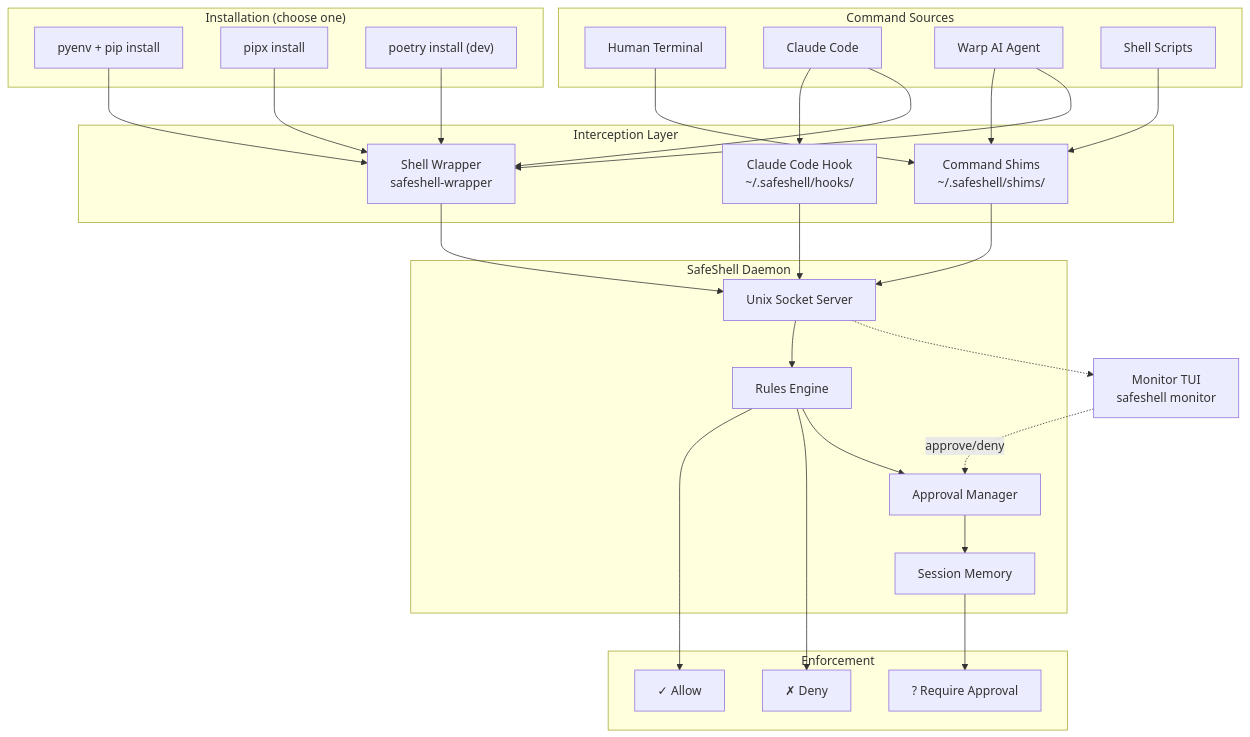
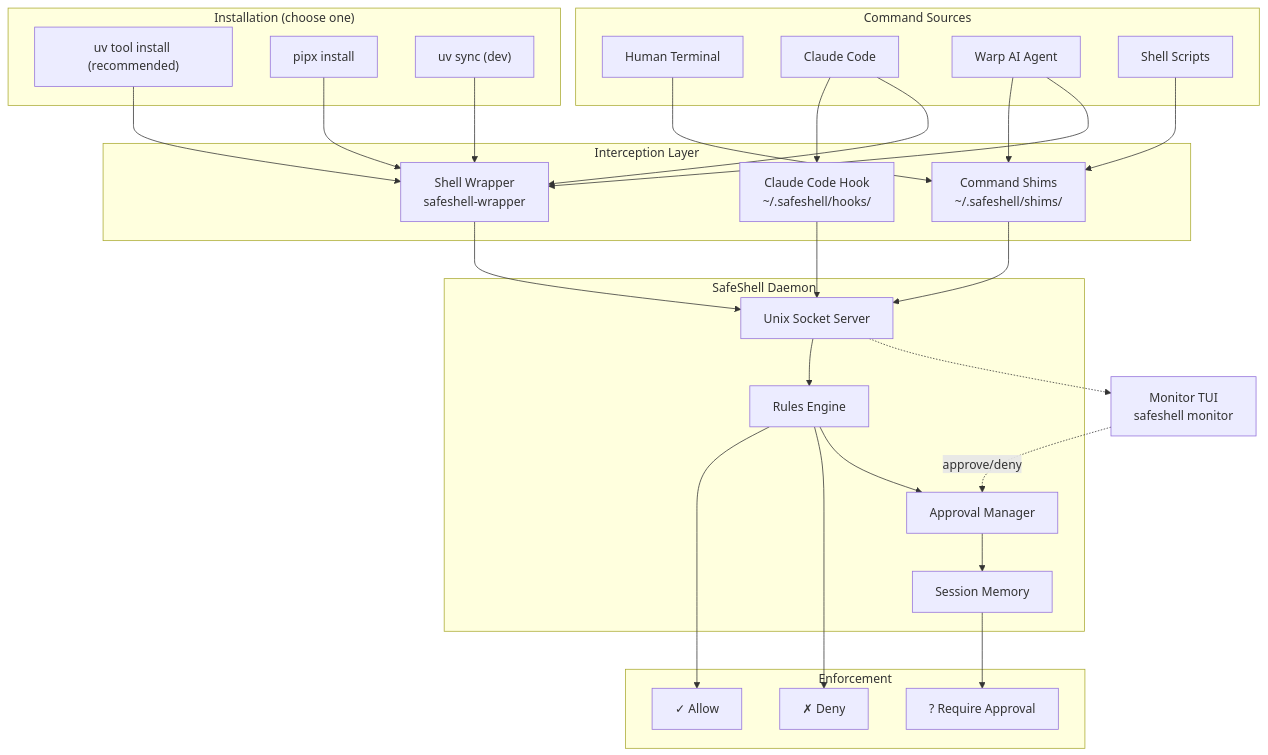
The diagram in README.md (be-wise-be-kind/safeshell), drawn with Mermaid before and after one commit. The commit also changed other lines of this file and 28 other files, not shown here.

````diff
--- a/README.md
+++ b/README.md
@@ -28,61 +28,61 @@
 ```mermaid
 flowchart TB
     subgraph Sources["Command Sources"]
         Human["Human Terminal"]
         Claude["Claude Code"]
         Warp["Warp AI Agent"]
         Scripts["Shell Scripts"]
     end
 
     subgraph Install["Installation (choose one)"]
-        Pyenv["pyenv + pip install"]
+        UV["uv tool install (recommended)"]
         Pipx["pipx install"]
-        Poetry["poetry install (dev)"]
+        UVDev["uv sync (dev)"]
     end
 
     subgraph Interception["Interception Layer"]
         Shims["Command Shims<br/>~/.safeshell/shims/"]
         Wrapper["Shell Wrapper<br/>safeshell-wrapper"]
         Hook["Claude Code Hook<br/>~/.safeshell/hooks/"]
     end
 
     subgraph Core["SafeShell Daemon"]
         Server["Unix Socket Server"]
         Rules["Rules Engine"]
         Approval["Approval Manager"]
         Memory["Session Memory"]
     end
 
     subgraph Actions["Enforcement"]
         Allow["✓ Allow"]
         Deny["✗ Deny"]
         Require["? Require Approval"]
     end
 
     Monitor["Monitor TUI<br/>safeshell monitor"]
 
-    Pyenv --> Wrapper
+    UV --> Wrapper
     Pipx --> Wrapper
-    Poetry --> Wrapper
+    UVDev --> Wrapper
 
     Human --> Shims
     Claude --> Hook
     Claude --> Wrapper
     Warp --> Shims
     Warp --> Wrapper
     Scripts --> Shims
 
     Shims --> Server
     Wrapper --> Server
     Hook --> Server
 
     Server --> Rules
     Rules --> Allow
     Rules --> Deny
     Rules --> Approval
     Approval --> Memory
     Memory --> Require
 
     Server -.-> Monitor
     Monitor -.->|approve/deny| Approval
 ```
````
